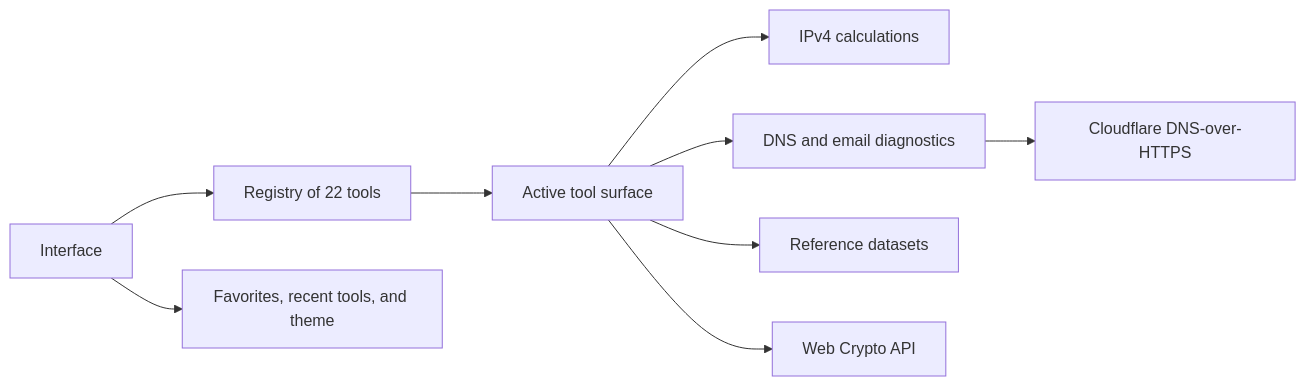
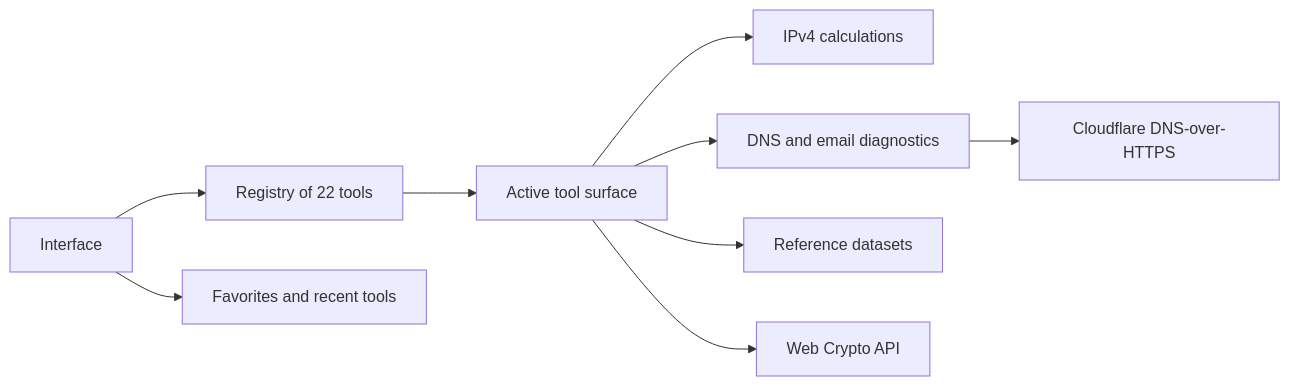
The diagram in README.md (0x000TheNULL/Net-Tools), drawn with Mermaid before and after one commit. The commit also changed other lines of this file and 13 other files, not shown here.

````diff
--- a/README.md
+++ b/README.md
@@ -138,11 +138,11 @@
 ```mermaid
 flowchart LR
     UI[Interface] --> Registry[Registry of 22 tools]
     Registry --> Surface[Active tool surface]
     Surface --> Network[IPv4 calculations]
     Surface --> DNS[DNS and email diagnostics]
     Surface --> Reference[Reference datasets]
     Surface --> Crypto[Web Crypto API]
     DNS --> DoH[Cloudflare DNS-over-HTTPS]
-    UI --> LocalStorage[Favorites, recent tools, and theme]
+    UI --> LocalStorage[Favorites and recent tools]
 ```
````
